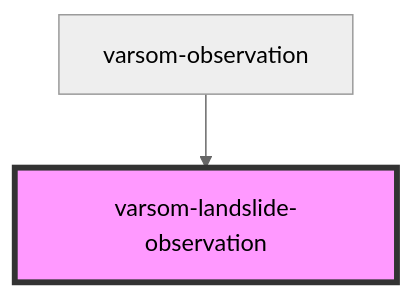
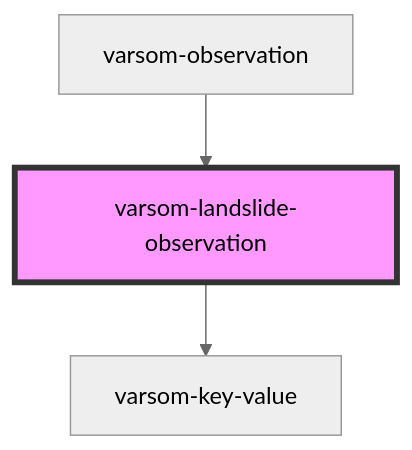
The diagram in observasjonskort/src/components/varsom-landslide-observation/readme.md (NVE/varsom-observation), drawn with Mermaid (neutral theme) before and after one commit. The commit also changed other lines of this file and 2 other files, not shown here.

Commit message:
landslide obs component

````diff
--- a/observasjonskort/src/components/varsom-landslide-observation/readme.md
+++ b/observasjonskort/src/components/varsom-landslide-observation/readme.md
@@ -44,5 +48,6 @@
 ```mermaid
 graph TD;
+  varsom-landslide-observation --> varsom-key-value
   varsom-observation --> varsom-landslide-observation
   style varsom-landslide-observation fill:#f9f,stroke:#333,stroke-width:4px
 ```
````
